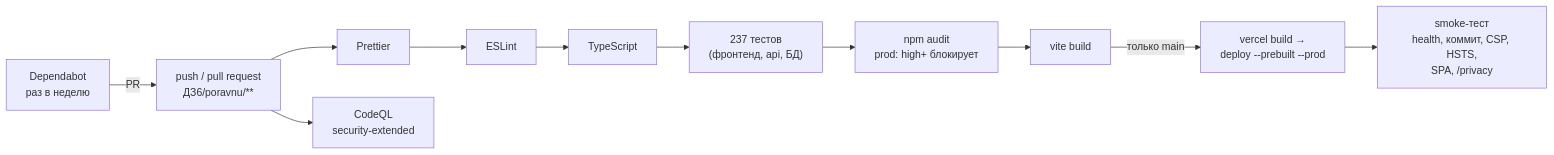
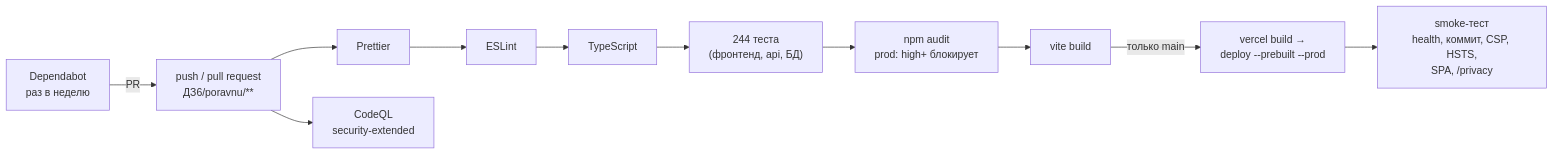
The first of 2 diagrams in ДЗ6/integration_documentation.md (BALANAR073/MII), drawn with Mermaid before and after one commit. The commit also changed other lines of this file and 1 other file, not shown here.

First line of the commit message:
ДЗ6: документы обновлены после второго аудита (согласие на Метрику, CSP, 244 теста)

````diff
--- a/ДЗ6/integration_documentation.md
+++ b/ДЗ6/integration_documentation.md
@@ -35,7 +35,7 @@
 ```mermaid
 flowchart LR
-  P["push / pull request<br/>ДЗ6/poravnu/**"] --> F["Prettier"] --> L["ESLint"] --> T["TypeScript"] --> U["237 тестов<br/>(фронтенд, api, БД)"] --> A["npm audit<br/>prod: high+ блокирует"] --> B["vite build"]
+  P["push / pull request<br/>ДЗ6/poravnu/**"] --> F["Prettier"] --> L["ESLint"] --> T["TypeScript"] --> U["244 теста<br/>(фронтенд, api, БД)"] --> A["npm audit<br/>prod: high+ блокирует"] --> B["vite build"]
   B -->|"только main"| V["vercel build →<br/>deploy --prebuilt --prod"] --> S["smoke-тест<br/>health, коммит, CSP, HSTS,<br/>SPA, /privacy"]
   P --> C["CodeQL<br/>security-extended"]
   D["Dependabot<br/>раз в неделю"] -->|"PR"| P
 ```
````
